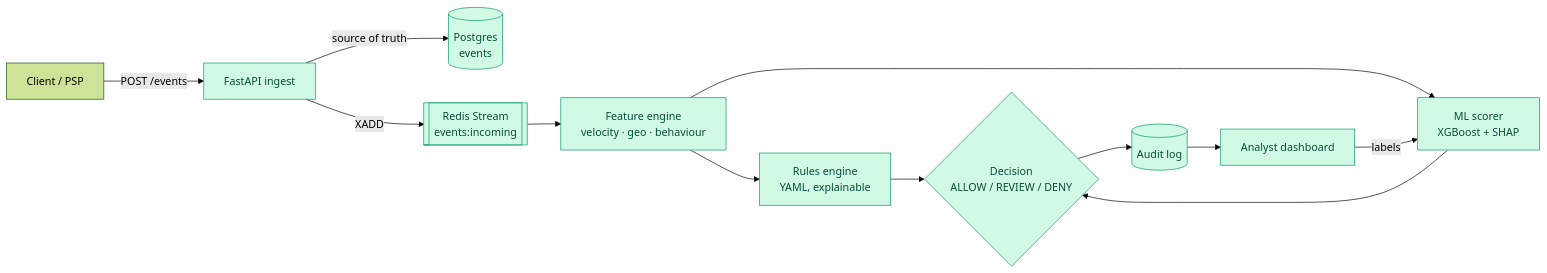
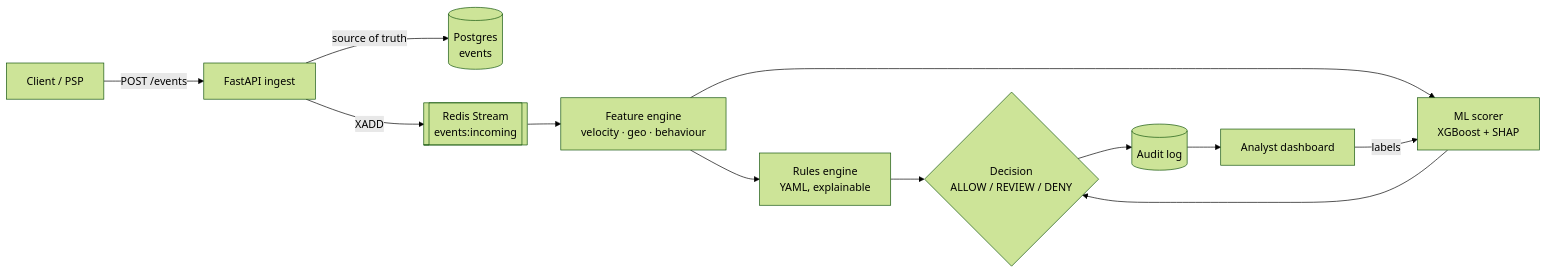
The diagram in README.md (ADARSHputhane/fraud-detection-engine), drawn with Mermaid (forest theme) before and after one commit. The commit also changed other lines of this file and 8 other files, not shown here.

````diff
--- a/README.md
+++ b/README.md
@@ -25,17 +40,14 @@
 ```mermaid
 flowchart LR
     C[Client / PSP] -->|POST /events| API[FastAPI ingest]
     API -->|source of truth| PG[(Postgres<br/>events)]
     API -->|XADD| RS[[Redis Stream<br/>events:incoming]]
     RS --> FE[Feature engine<br/>velocity · geo · behaviour]
     FE --> RE[Rules engine<br/>YAML, explainable]
     FE --> ML[ML scorer<br/>XGBoost + SHAP]
     RE --> D{Decision<br/>ALLOW / REVIEW / DENY}
     ML --> D
     D --> AUD[(Audit log)]
     AUD --> DASH[Analyst dashboard]
     DASH -->|labels| ML
-
-    classDef done fill:#d1fae5,stroke:#059669,color:#064e3b;
-    class API,PG,RS,FE,RE,ML,D,AUD,DASH done;
 ```
````
